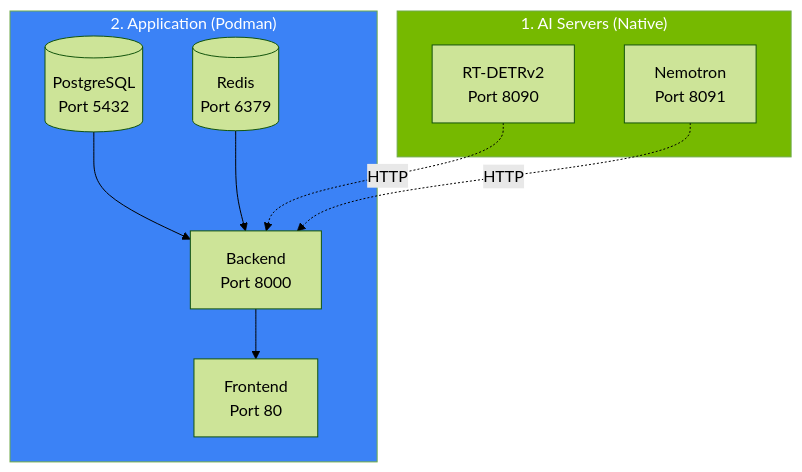
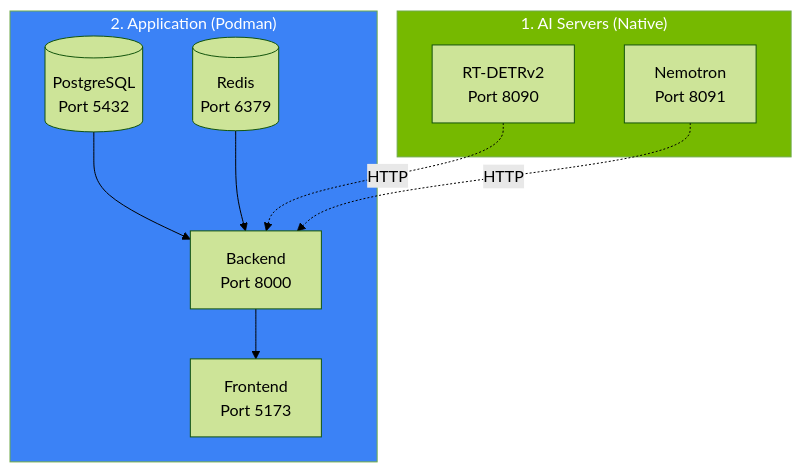
The diagram in docs/getting-started/first-run.md (mikesvoboda/nemotron-v3-home-security-intelligence), drawn with Mermaid (forest theme) before and after one commit. The commit also changed other lines of this file and 23 other files, not shown here.

````diff
--- a/docs/getting-started/first-run.md
+++ b/docs/getting-started/first-run.md
@@ -34,24 +97,24 @@
 ```mermaid
 flowchart TB
     subgraph AIServers["1. AI Servers (Native)"]
         DET[RT-DETRv2<br/>Port 8090]
         LLM[Nemotron<br/>Port 8091]
     end
 
     subgraph Containers["2. Application (Podman)"]
         PG[(PostgreSQL<br/>Port 5432)]
         REDIS[(Redis<br/>Port 6379)]
         BACK[Backend<br/>Port 8000]
-        FRONT[Frontend<br/>Port 80]
+        FRONT[Frontend<br/>Port 5173]
 
         PG --> BACK
         REDIS --> BACK
         BACK --> FRONT
     end
 
     DET -.->|HTTP| BACK
     LLM -.->|HTTP| BACK
 
     style AIServers fill:#76B900,color:#fff
     style Containers fill:#3B82F6,color:#fff
 ```
````
